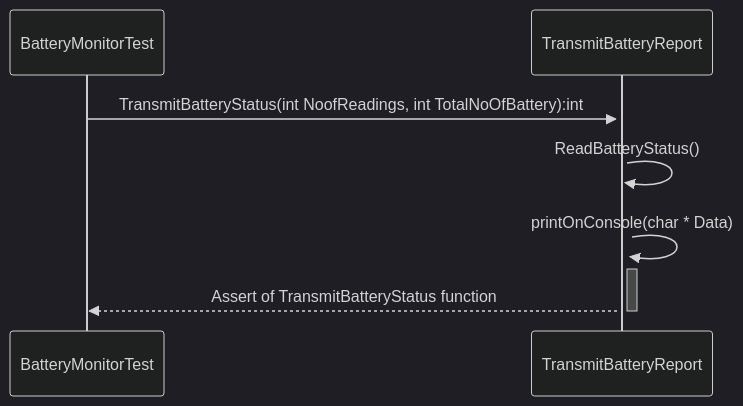
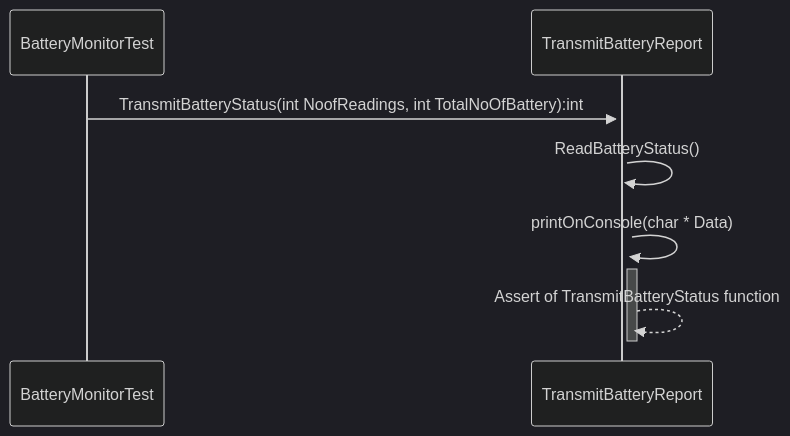
One commit to clean-code-craft-tcq-2/stream-line-PavithranSaminathan changed the second of 3 diagrams in README.md. Above: the diagram before and after it, drawn with Mermaid (dark theme). The commit also changed other lines of this file, not shown here.

````diff
--- a/README.md
+++ b/README.md
@@ -84,7 +84,7 @@
  ```mermaid
 sequenceDiagram
     BatteryMonitorTest->>+TransmitBatteryReport: TransmitBatteryStatus(int NoofReadings, int TotalNoOfBattery):int
     TransmitBatteryReport->>+TransmitBatteryReport: ReadBatteryStatus()
     TransmitBatteryReport->>+TransmitBatteryReport: printOnConsole(char * Data)
-    TransmitBatteryReport-->>-BatteryMonitorTest:Assert of TransmitBatteryStatus function
+    TransmitBatteryReport-->>-TransmitBatteryReport:Assert of TransmitBatteryStatus function
 ```
````
